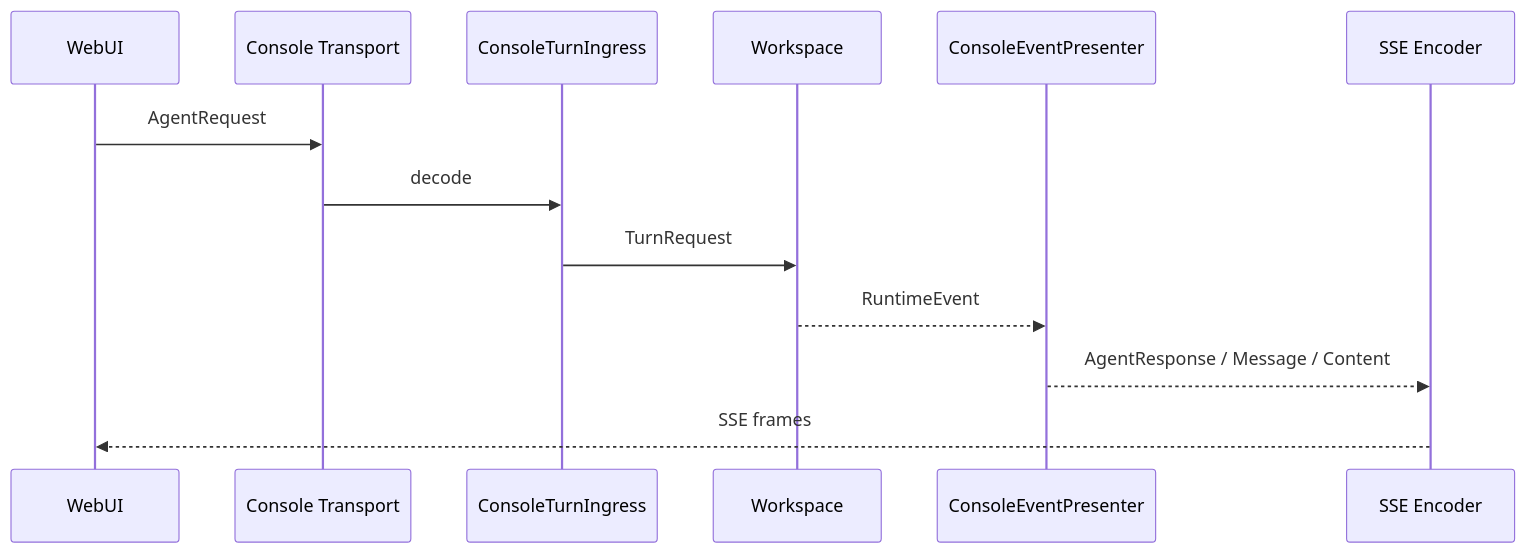
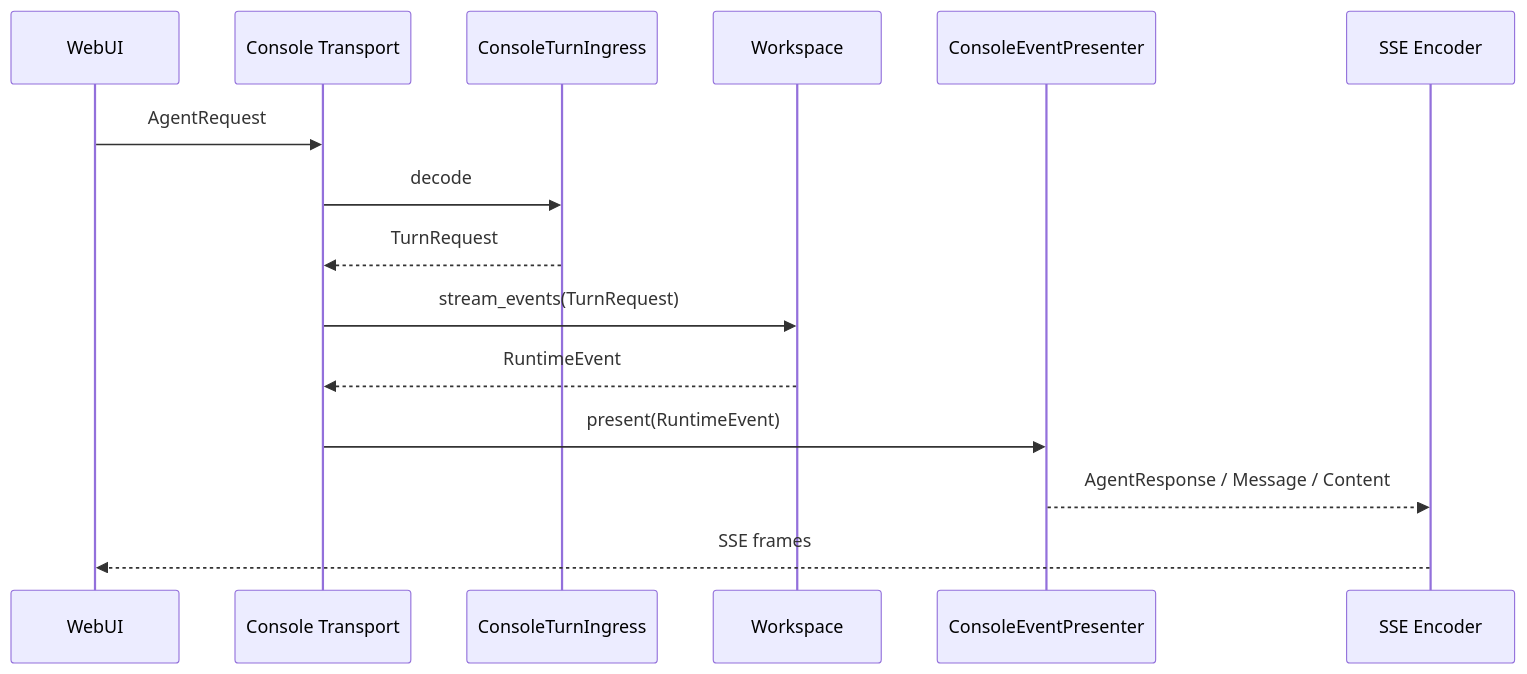
The fourth of 5 diagrams in docs/design/channel-agent-runtime-v5.md (zhijianma/CoPaw), drawn with Mermaid before and after one commit. The commit also changed other lines of this file and 39 other files, not shown here.

````diff
--- a/docs/design/channel-agent-runtime-v5.md
+++ b/docs/design/channel-agent-runtime-v5.md
@@ -195,16 +224,18 @@
 ```mermaid
 sequenceDiagram
     participant UI as WebUI
     participant T as Console Transport
     participant I as ConsoleTurnIngress
     participant W as Workspace
     participant P as ConsoleEventPresenter
     participant S as SSE Encoder
 
     UI->>T: AgentRequest
     T->>I: decode
-    I->>W: TurnRequest
-    W-->>P: RuntimeEvent
+    I-->>T: TurnRequest
+    T->>W: stream_events(TurnRequest)
+    W-->>T: RuntimeEvent
+    T->>P: present(RuntimeEvent)
     P-->>S: AgentResponse / Message / Content
     S-->>UI: SSE frames
 ```
````
